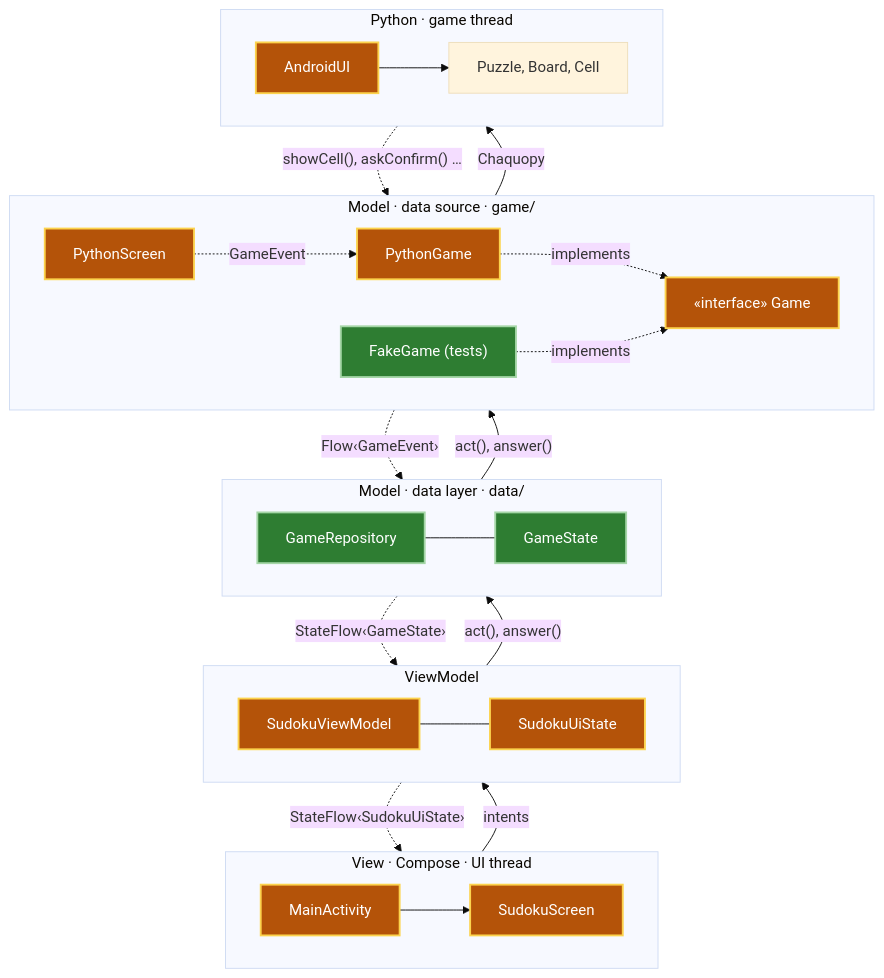
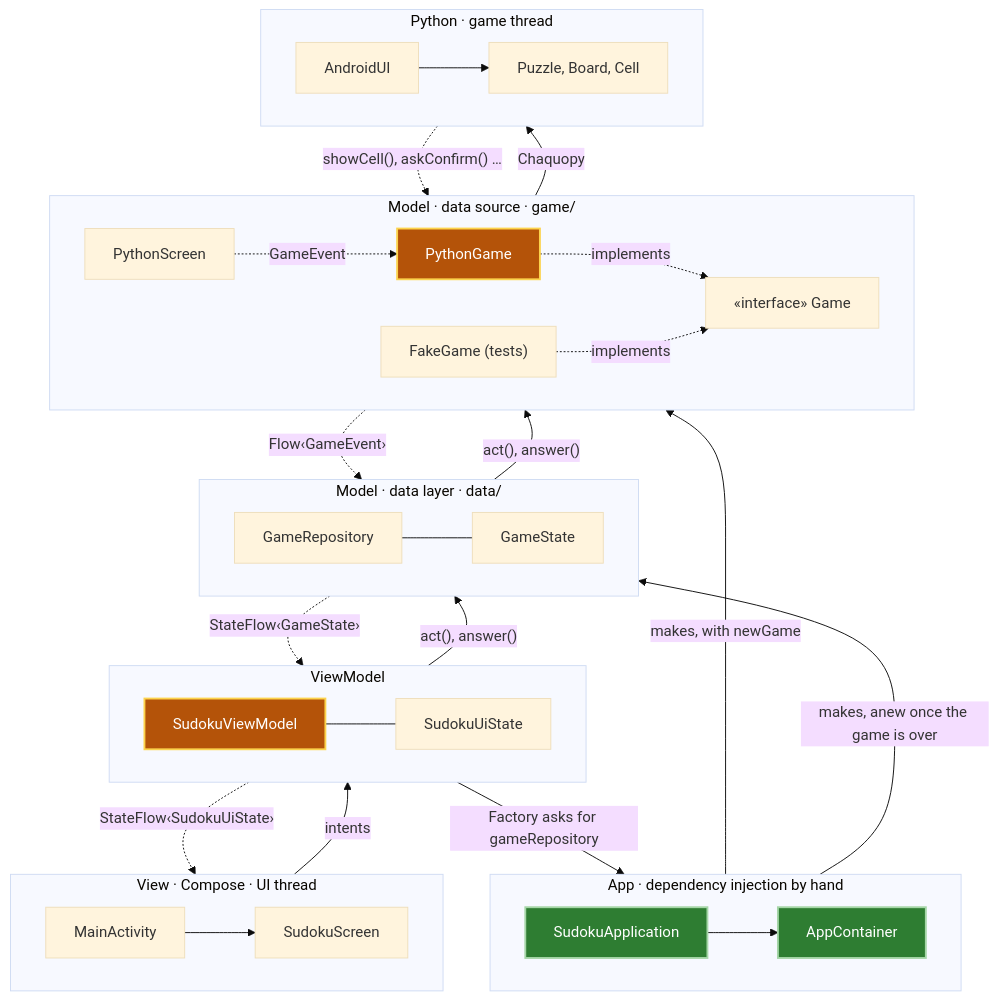
One commit to aivanov61/sudoku-solver changed the first of 2 diagrams in android/docs/architecture.md. Above: the diagram before and after it, drawn with Mermaid (base theme). The commit also changed other lines of this file and 7 other files, not shown here.

Commit message:
Add dependency injection by hand: SudokuApplication makes one AppContainer, which owns the app-long scope and the game's repository, making a new game once the last is over, and the ViewModel's factory asks it for the repository

````diff
--- a/android/docs/architecture.md
+++ b/android/docs/architecture.md
@@ -12,44 +12,52 @@
 ```mermaid
 flowchart TB
+    subgraph App["App · dependency injection by hand"]
+        direction LR
+        SudokuApplication --> AppContainer["AppContainer"]
+    end
+
     subgraph View["View · Compose · UI thread"]
         direction LR
         MainActivity --> SudokuScreen
     end
 
     subgraph VM["ViewModel"]
         direction LR
         SudokuViewModel --- SudokuUiState
     end
 
     subgraph DataLayer["Model · data layer · data/"]
         direction LR
         GameRepository --- GameState
     end
 
     subgraph DataSource["Model · data source · game/"]
         direction LR
         PythonGame -. implements .-> Game["«interface» Game"]
         FakeGame["FakeGame (tests)"] -. implements .-> Game
         PythonScreen
     end
 
     subgraph Python["Python · game thread"]
         direction LR
         AndroidUI --> Puzzle["Puzzle, Board, Cell"]
     end
 
     SudokuScreen -- "intents" --> SudokuViewModel
     SudokuViewModel -. "StateFlow‹SudokuUiState›" .-> SudokuScreen
     SudokuViewModel -- "act(), answer()" --> GameRepository
     GameRepository -. "StateFlow‹GameState›" .-> SudokuViewModel
     GameRepository -- "act(), answer()" --> Game
     Game -. "Flow‹GameEvent›" .-> GameRepository
     PythonGame -- "Chaquopy" --> AndroidUI
     AndroidUI -. "showCell(), askConfirm() …" .-> PythonScreen
     PythonScreen -. "GameEvent" .-> PythonGame
+    SudokuViewModel -- "Factory asks for gameRepository" --> AppContainer
+    AppContainer -- "makes, anew once the game is over" --> GameRepository
+    AppContainer -- "makes, with newGame" --> PythonGame
 
     classDef new fill:#2e7d32,stroke:#a5d6a7,stroke-width:2px,color:#ffffff
     classDef changed fill:#b45309,stroke:#fcd34d,stroke-width:2px,color:#ffffff
-    class GameRepository,GameState,FakeGame new
-    class MainActivity,SudokuScreen,SudokuViewModel,SudokuUiState,Game,PythonGame,PythonScreen,AndroidUI changed
+    class SudokuApplication,AppContainer new
+    class SudokuViewModel,PythonGame changed
 ```
````
